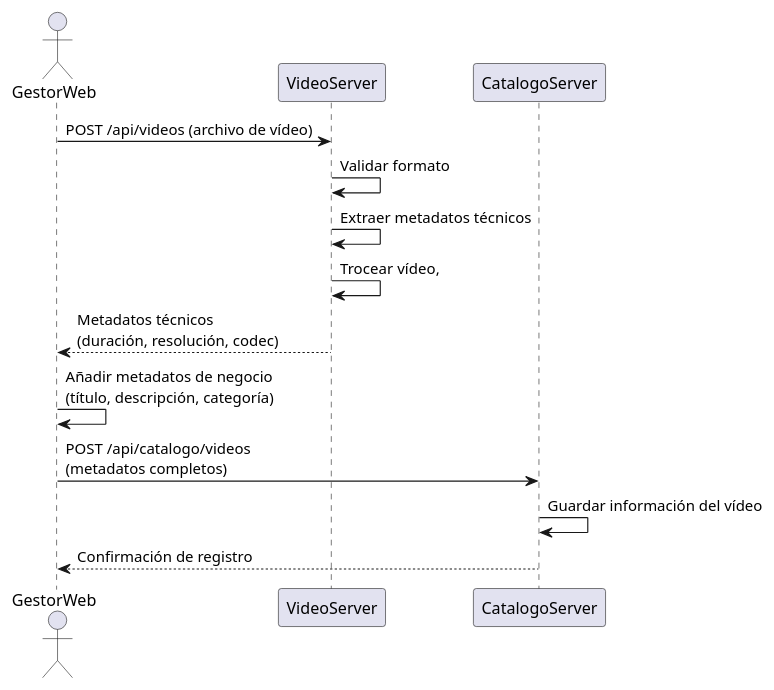
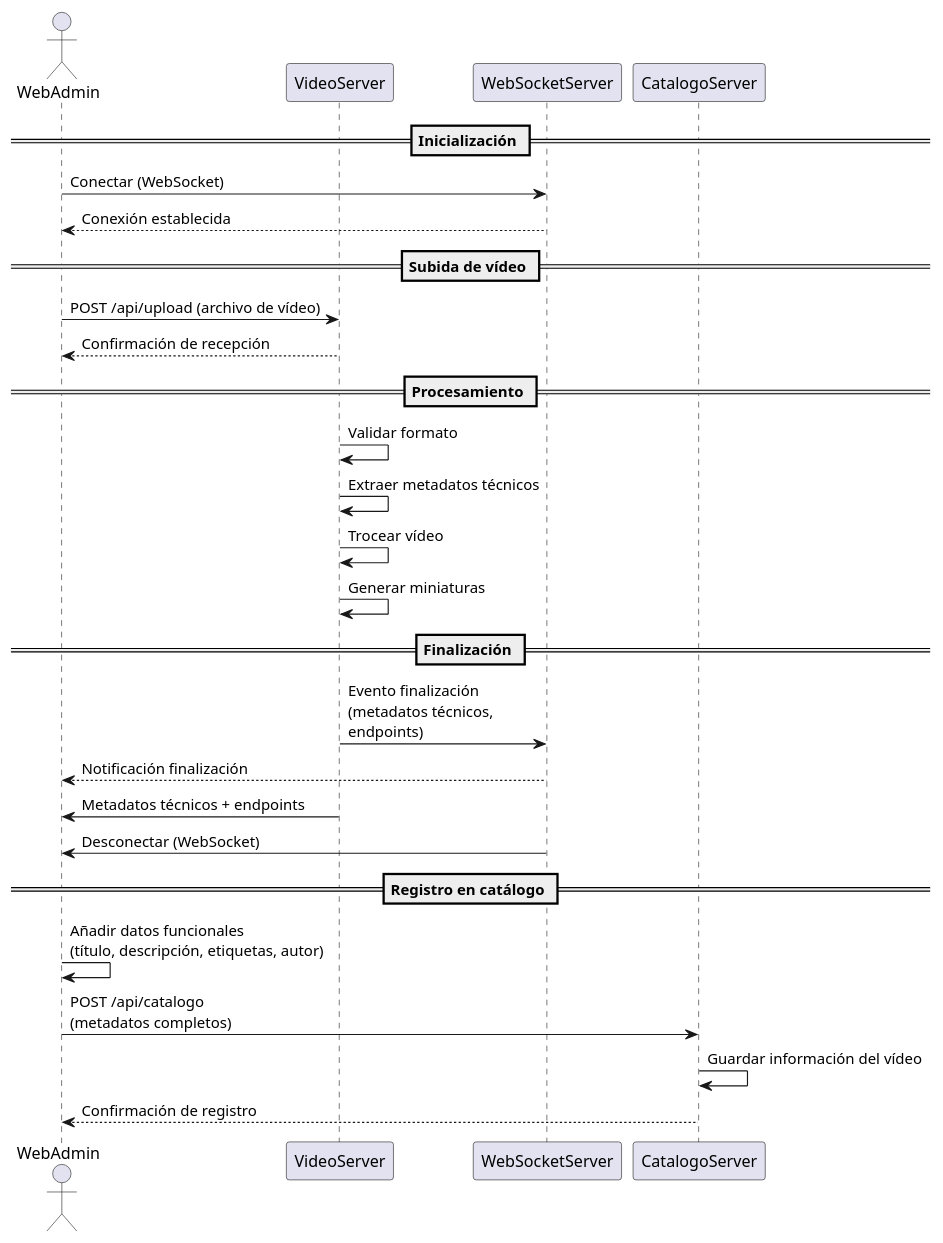
Before and after one commit to ComfyPenguin/Bloste-Docs: the fourth of 4 diagrams in docs/backend/servicio_contenidos.md, drawn with PlantUML. The commit also changed other lines of this file and 9 other files, not shown here.

Commit message:
Squashed commit of the following: - Documentacion de Admin-vue y Media_server-ExpressJS

````diff
--- a/docs/backend/servicio_contenidos.md
+++ b/docs/backend/servicio_contenidos.md
@@ -79,19 +115,37 @@
 ```plantuml
 @startuml
-actor GestorWeb
+actor WebAdmin
 participant VideoServer
+participant WebSocketServer
 participant CatalogoServer
 
-GestorWeb -> VideoServer : POST /api/videos (archivo de vídeo)
+== Inicialización ==
+WebAdmin -> WebSocketServer : Conectar (WebSocket)
+WebSocketServer --> WebAdmin : Conexión establecida
+
+== Subida de vídeo ==
+WebAdmin -> VideoServer : POST /api/upload (archivo de vídeo)
+VideoServer --> WebAdmin : Confirmación de recepción
+
+== Procesamiento ==
 VideoServer -> VideoServer : Validar formato
+
 VideoServer -> VideoServer : Extraer metadatos técnicos
-VideoServer -> VideoServer : Trocear vídeo,
-VideoServer --> GestorWeb : Metadatos técnicos\n(duración, resolución, codec)
 
-GestorWeb -> GestorWeb : Añadir metadatos de negocio\n(título, descripción, categoría)
+VideoServer -> VideoServer : Trocear vídeo
 
-GestorWeb -> CatalogoServer : POST /api/catalogo/videos\n(metadatos completos)
+VideoServer -> VideoServer : Generar miniaturas
+
+== Finalización ==
+VideoServer -> WebSocketServer : Evento finalización\n(metadatos técnicos,\nendpoints)
+WebSocketServer --> WebAdmin : Notificación finalización
+WebAdmin <- VideoServer : Metadatos técnicos + endpoints
+WebAdmin <- WebSocketServer : Desconectar (WebSocket)
+
+== Registro en catálogo ==
+WebAdmin -> WebAdmin : Añadir datos funcionales\n(título, descripción, etiquetas, autor)
+WebAdmin -> CatalogoServer : POST /api/catalogo\n(metadatos completos)
 CatalogoServer -> CatalogoServer : Guardar información del vídeo
-CatalogoServer --> GestorWeb : Confirmación de registro
+CatalogoServer --> WebAdmin : Confirmación de registro
 @enduml
 ```
````
